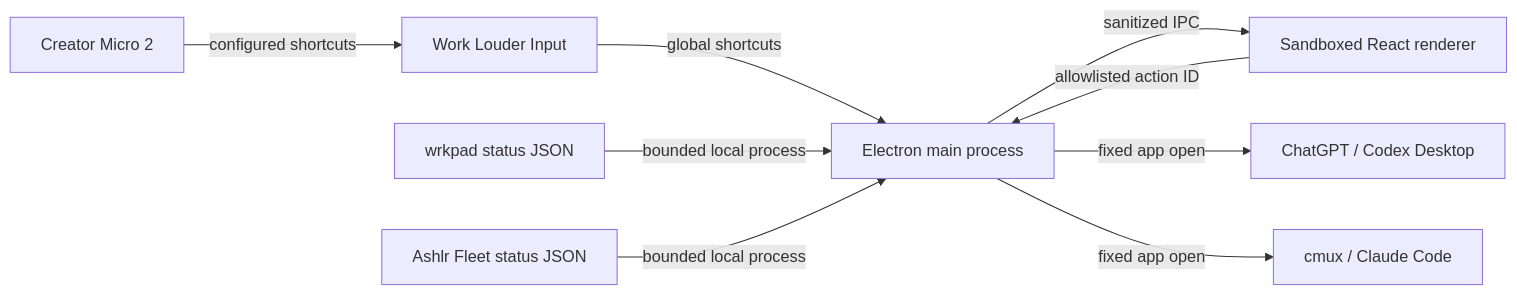
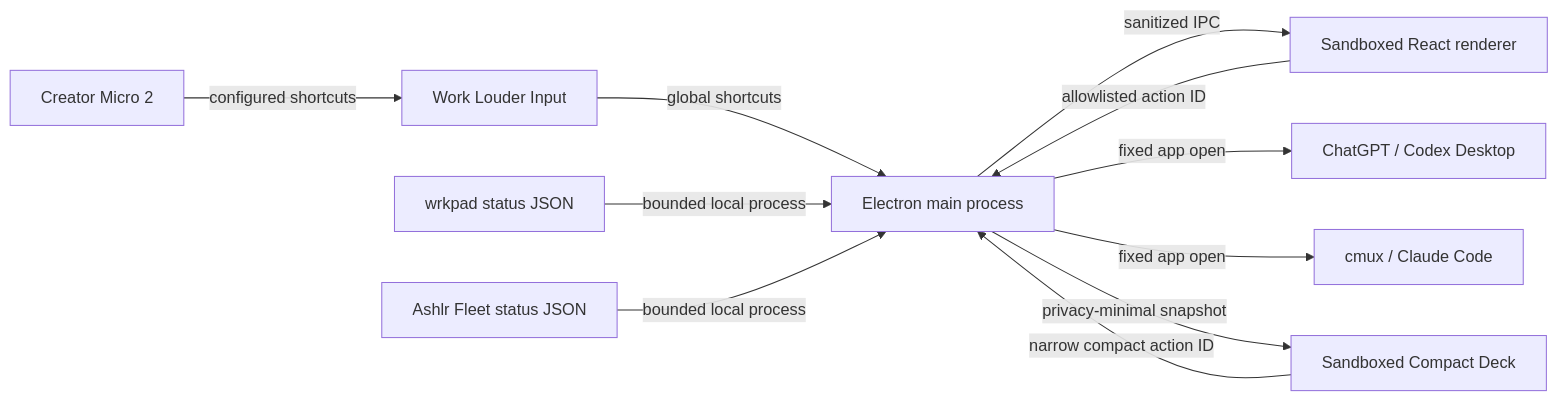
The diagram in app/docs/architecture.md (ashlrai/wrkpad), drawn with Mermaid before and after one commit. The commit also changed other lines of this file and 58 other files, not shown here.

````diff
--- a/app/docs/architecture.md
+++ b/app/docs/architecture.md
@@ -7,11 +7,13 @@
 ```mermaid
 flowchart LR
   Board[Creator Micro 2] -->|configured shortcuts| Input[Work Louder Input]
   Input -->|global shortcuts| Main[Electron main process]
   Main -->|sanitized IPC| UI[Sandboxed React renderer]
   Wrkpad[wrkpad status JSON] -->|bounded local process| Main
   Fleet[Ashlr Fleet status JSON] -->|bounded local process| Main
   Main -->|fixed app open| Codex[ChatGPT / Codex Desktop]
   Main -->|fixed app open| Cmux[cmux / Claude Code]
   UI -->|allowlisted action ID| Main
+  Main -->|privacy-minimal snapshot| Compact[Sandboxed Compact Deck]
+  Compact -->|narrow compact action ID| Main
 ```
````
